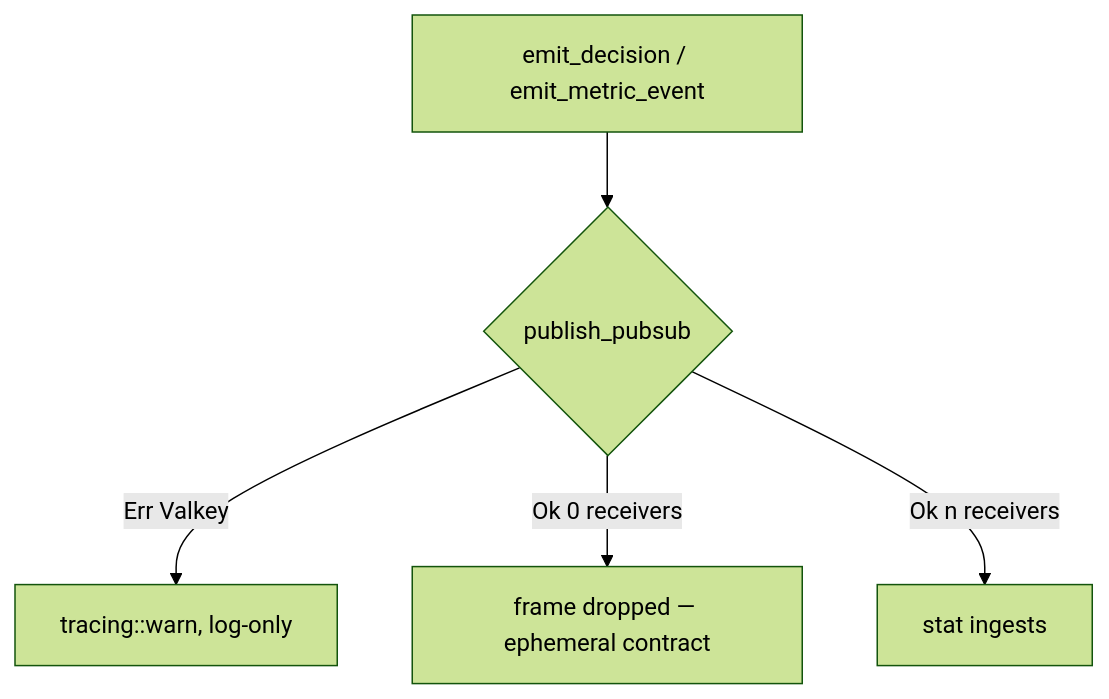
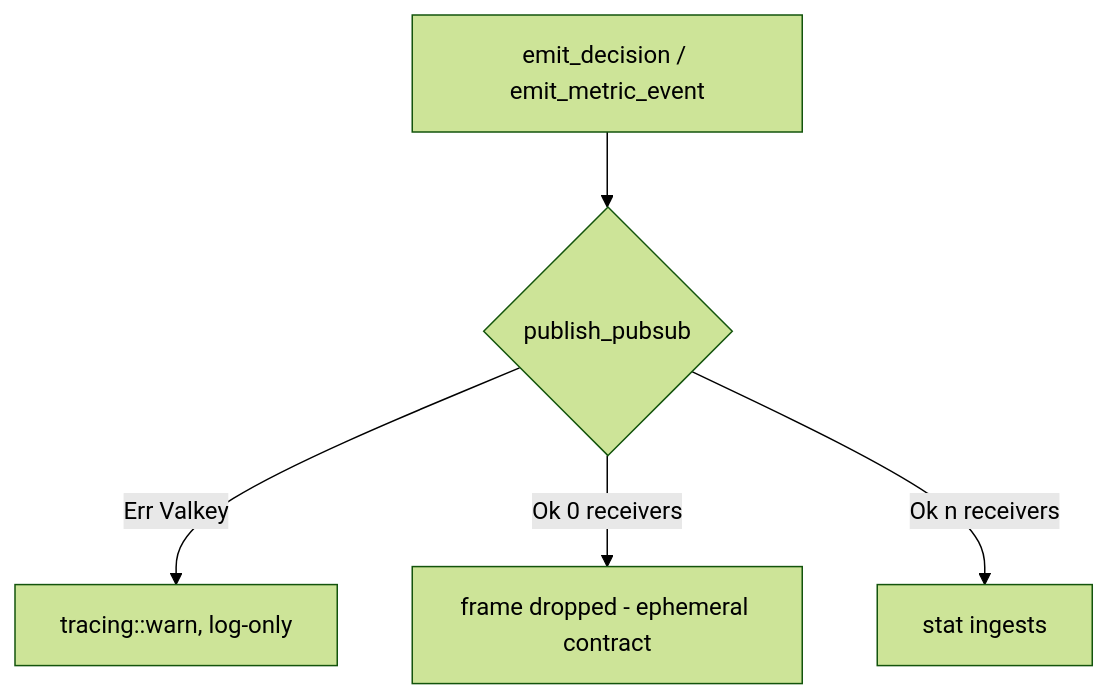
Before and after one commit to Sentin8/sentin8-site: the sixth of 7 diagrams in docs/sdk/sdk/design.md, drawn with Mermaid (forest theme). The commit also changed other lines of this file and 105 other files, not shown here.

````diff
--- a/docs/sdk/sdk/design.md
+++ b/docs/sdk/sdk/design.md
@@ -279,7 +279,7 @@
 ```mermaid
 flowchart TD
     EMIT[emit_decision / emit_metric_event] --> PUB{publish_pubsub}
     PUB -->|Err Valkey| LOG[tracing::warn, log-only]
-    PUB -->|Ok 0 receivers| DROP[frame dropped — ephemeral contract]
+    PUB -->|Ok 0 receivers| DROP[frame dropped - ephemeral contract]
     PUB -->|Ok n receivers| DONE[stat ingests]
 ```
````
